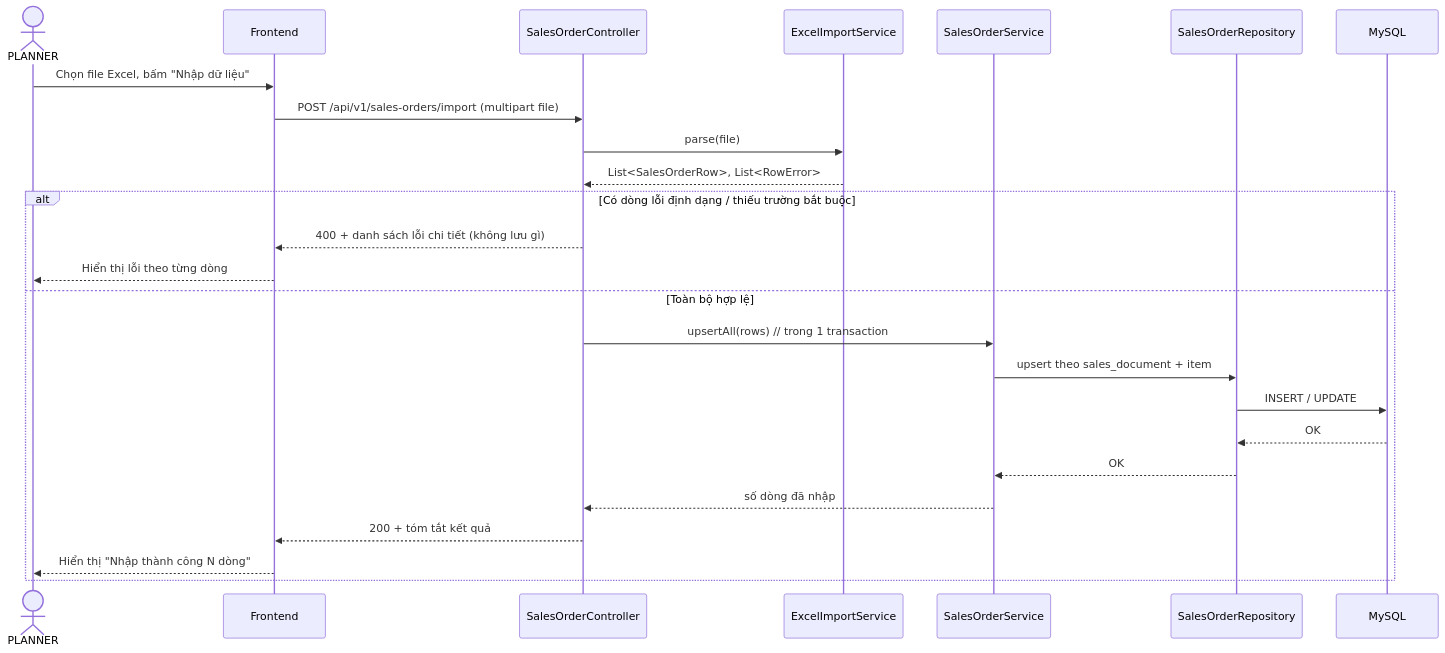
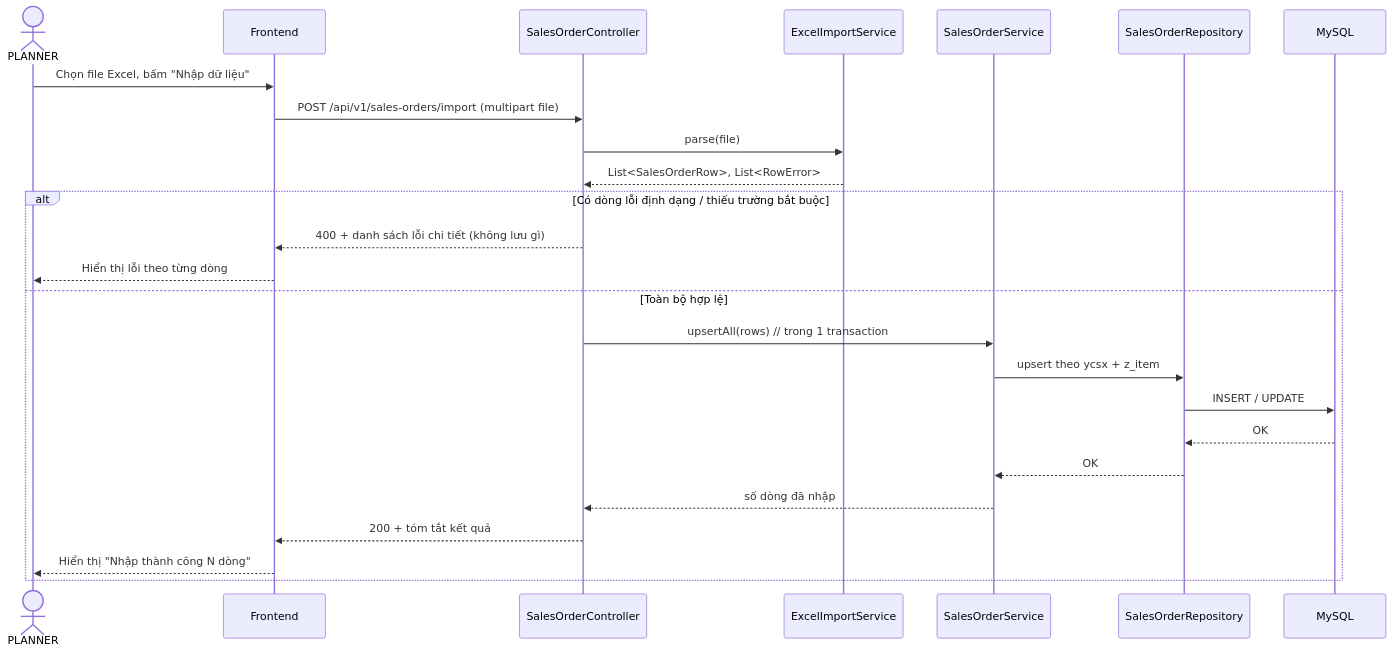
The first of 3 diagrams in docs/sequence-diagrams.md (huydeptraii123/GraduationThesis), drawn with Mermaid before and after one commit. The commit also changed other lines of this file and 3 other files, not shown here.

````diff
--- a/docs/sequence-diagrams.md
+++ b/docs/sequence-diagrams.md
@@ -7,29 +7,29 @@
 ```mermaid
 sequenceDiagram
     actor U as PLANNER
     participant FE as Frontend
     participant C as SalesOrderController
     participant IMP as ExcelImportService
     participant SVC as SalesOrderService
     participant REPO as SalesOrderRepository
     participant DB as MySQL
 
     U->>FE: Chọn file Excel, bấm "Nhập dữ liệu"
     FE->>C: POST /api/v1/sales-orders/import (multipart file)
     C->>IMP: parse(file)
     IMP-->>C: List<SalesOrderRow>, List<RowError>
 
     alt Có dòng lỗi định dạng / thiếu trường bắt buộc
         C-->>FE: 400 + danh sách lỗi chi tiết (không lưu gì)
         FE-->>U: Hiển thị lỗi theo từng dòng
     else Toàn bộ hợp lệ
         C->>SVC: upsertAll(rows)  // trong 1 transaction
-        SVC->>REPO: upsert theo sales_document + item
+        SVC->>REPO: upsert theo ycsx + z_item
         REPO->>DB: INSERT / UPDATE
         DB-->>REPO: OK
         REPO-->>SVC: OK
         SVC-->>C: số dòng đã nhập
         C-->>FE: 200 + tóm tắt kết quả
         FE-->>U: Hiển thị "Nhập thành công N dòng"
     end
 ```
````
